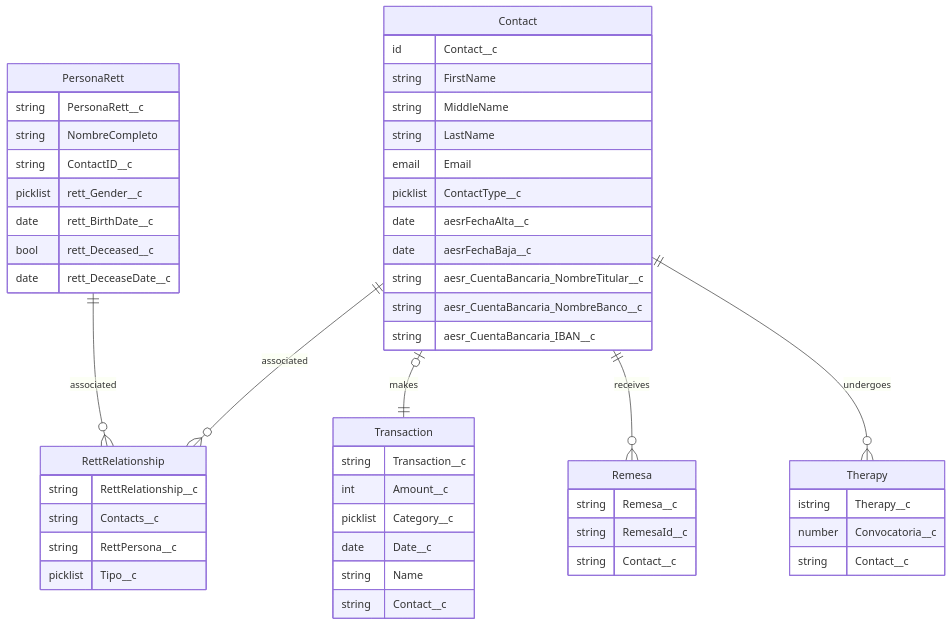
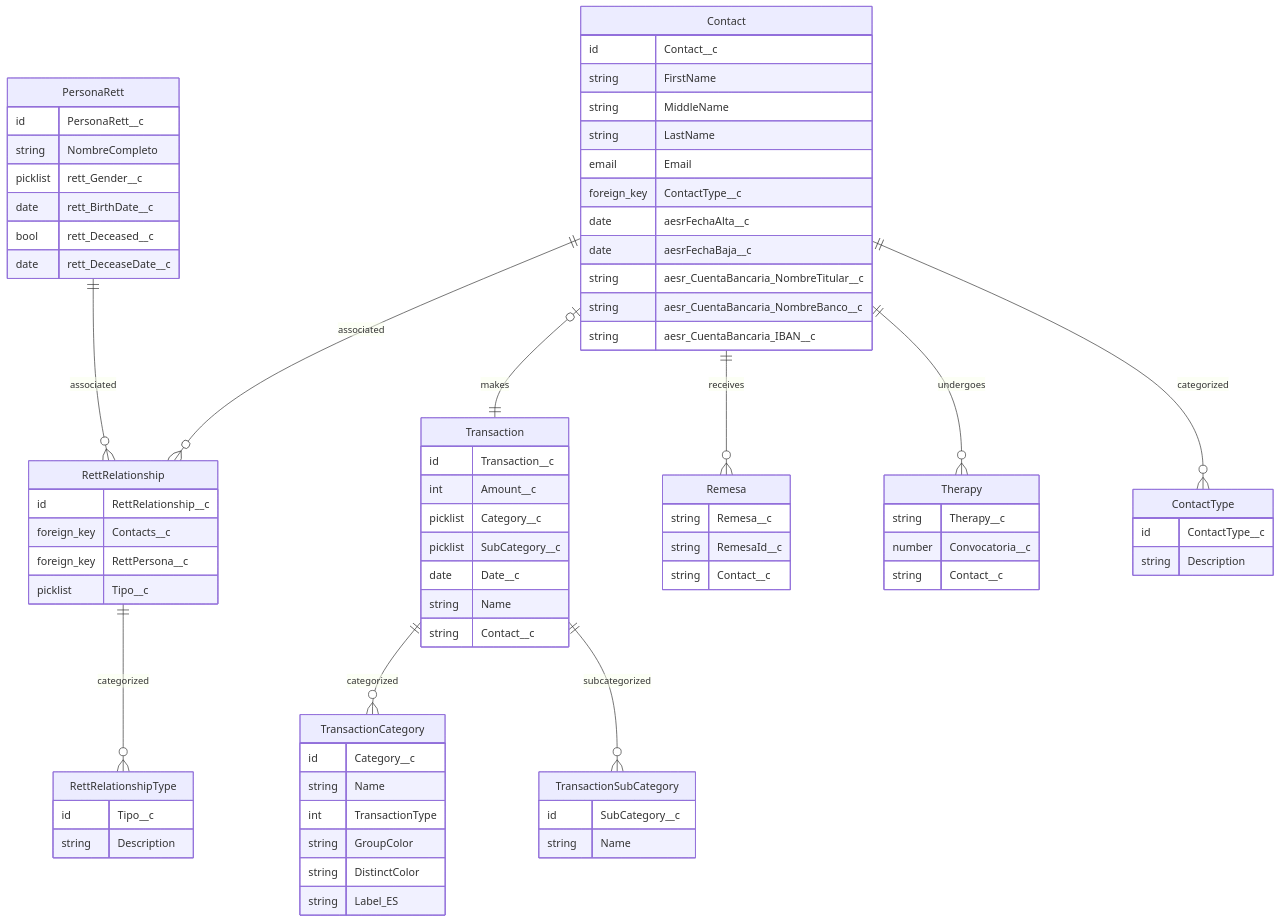
One commit to rett-spain/ngo-finance changed the diagram in docs/dbmodel.md. Above: the diagram before and after it, drawn with Mermaid.

Commit message:
Updated db model

````diff
--- a/docs/dbmodel.md
+++ b/docs/dbmodel.md
@@ -10,13 +10,18 @@
     Contact ||--o{ Remesa : receives
     Contact ||--o{ Therapy : undergoes
 
+    Contact ||--o{ ContactType : categorized
+    RettRelationship ||--o{ RettRelationshipType : categorized
+    Transaction ||--o{ TransactionCategory : categorized
+    Transaction ||--o{ TransactionSubCategory : subcategorized
+
     Contact {
         id Contact__c
         string FirstName
         string MiddleName
         string LastName
         email Email
-        picklist ContactType__c
+        foreign_key ContactType__c
         date aesrFechaAlta__c
         date aesrFechaBaja__c
         string aesr_CuentaBancaria_NombreTitular__c
@@ -25,9 +30,8 @@
     }
 
     PersonaRett {
-        string PersonaRett__c
+        id PersonaRett__c
         string NombreCompleto
-        string ContactID__c
         picklist rett_Gender__c
         date rett_BirthDate__c
         bool rett_Deceased__c
@@ -35,23 +39,24 @@
     }
 
     RettRelationship {
-        string RettRelationship__c
-        string Contacts__c
-        string RettPersona__c
+        id RettRelationship__c
+        foreign_key Contacts__c
+        foreign_key RettPersona__c
         picklist Tipo__c
     }
 
     Transaction {
-        string Transaction__c
+        id Transaction__c
         int Amount__c
         picklist Category__c
+        picklist SubCategory__c
         date Date__c
         string Name
         string Contact__c
     }
 
     Therapy {
-        istring Therapy__c
+        string Therapy__c
         number Convocatoria__c
         string Contact__c
     }
@@ -62,4 +67,29 @@
         string Contact__c
     }
 
+    ContactType {
+        id ContactType__c
+        string Description
+    }
+
+    RettRelationshipType {
+        id Tipo__c
+        string Description
+    }
+
+    TransactionCategory {
+        id Category__c
+        string Name
+        int TransactionType
+        string GroupColor
+        string DistinctColor
+        string Label_ES
+    }
+
+    TransactionSubCategory {
+        id SubCategory__c
+        string Name
+    }
+
+
 ```
````
